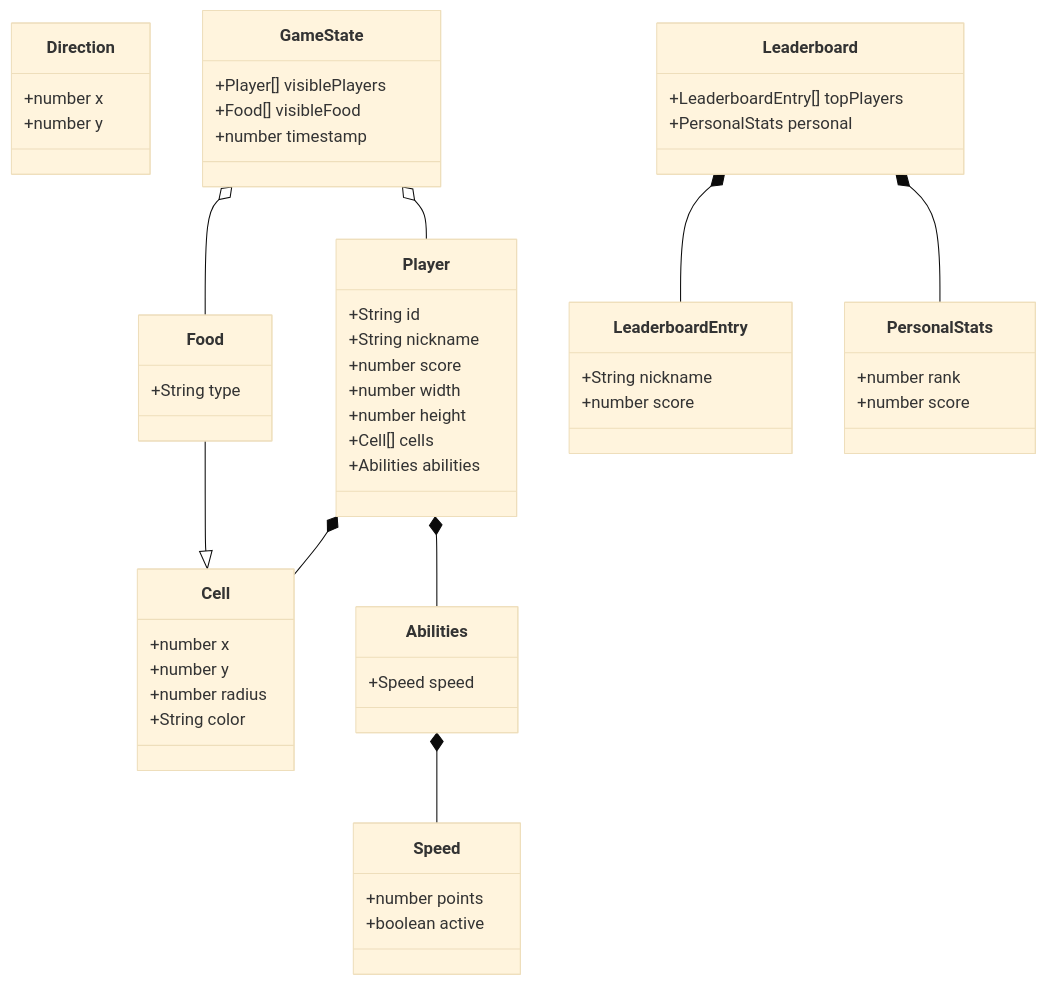
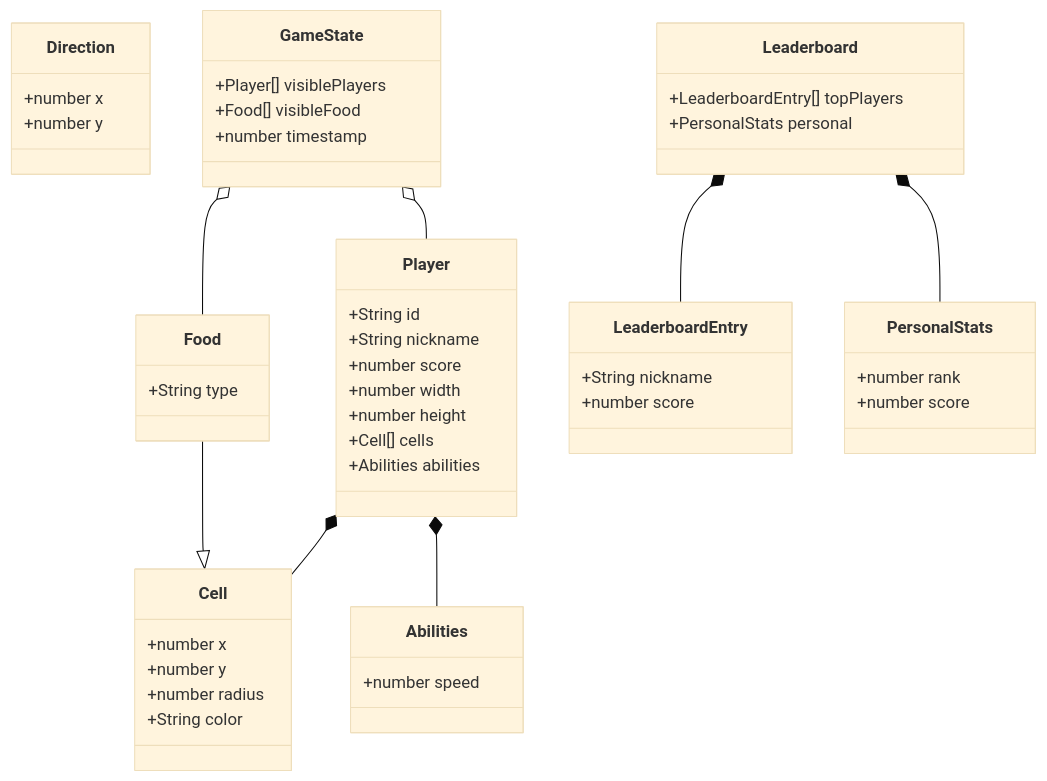
One commit to SEBA-Course-Projects-2025/cellular-conquest changed the diagram in documentation/protocol-classes.md. Above: the diagram before and after it, drawn with Mermaid (base theme). The commit also changed 1 other file, not shown here.

Commit message:
fix: protocol

````diff
--- a/documentation/protocol-classes.md
+++ b/documentation/protocol-classes.md
@@ -3,68 +3,61 @@
 ```mermaid
 classDiagram
     class Player {
         +String id
         +String nickname
         +number score
         +number width
         +number height
         +Cell[] cells
         +Abilities abilities
     }
 
     class Cell {
         +number x
         +number y
         +number radius
         +String color
     }
 
     class Food {
         +String type
     }
 
     class Abilities {
-        +Speed speed
+        +number speed
     }
-
-    class Speed {
-        +number points
-        +boolean active
-    }
-
     class Direction {
         +number x
         +number y
     }
 
     class GameState {
         +Player[] visiblePlayers
         +Food[] visibleFood
         +number timestamp
     }
 
     class LeaderboardEntry {
         +String nickname
         +number score
     }
 
     class PersonalStats {
         +number rank
         +number score
     }
 
     class Leaderboard {
         +LeaderboardEntry[] topPlayers
         +PersonalStats personal
     }
 
     %% Relationships
     Food --|> Cell
     Player *-- Cell
     Player *-- Abilities
-    Abilities *-- Speed
     GameState o-- Player
     GameState o-- Food
     Leaderboard *-- LeaderboardEntry
     Leaderboard *-- PersonalStats
 ```
````
